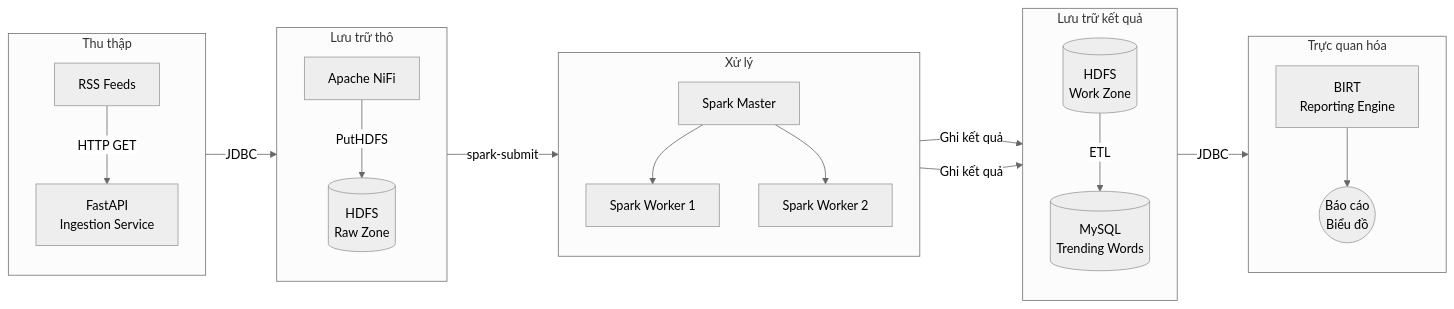
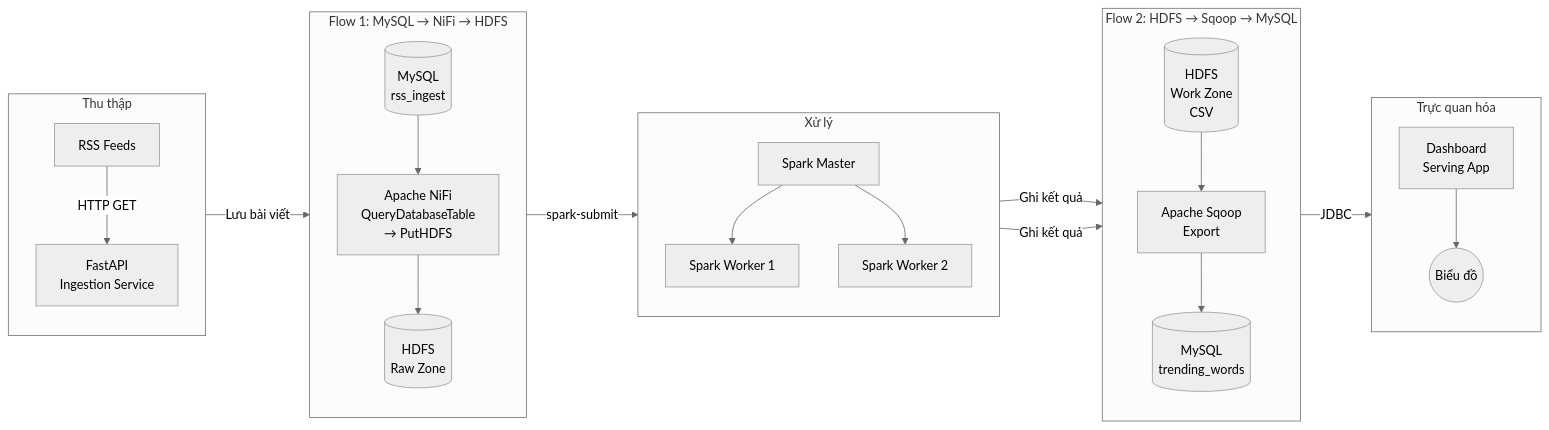
Before and after one commit to khaphan-github/big-data-platforms-via-hadoop: the third of 3 diagrams in docs/kiến-trúc-hệ-thống.md, drawn with Mermaid (neutral theme). The commit also changed other lines of this file and 8 other files, not shown here.

Commit message:
feat: implement Sqoop container for HDFS-to-MySQL data export and refactor Spark job to support offloaded migration.

````diff
--- a/docs/kiến-trúc-hệ-thống.md
+++ b/docs/kiến-trúc-hệ-thống.md
@@ -126,45 +130,47 @@
 ```mermaid
 flowchart LR
     subgraph G1["Thu thập"]
         direction TB
         RSS["RSS Feeds"]
         INGEST["FastAPI<br/>Ingestion Service"]
     end
 
-    subgraph G2["Lưu trữ thô"]
+    subgraph G2["Flow 1: MySQL → NiFi → HDFS"]
         direction TB
-        NIFI["Apache NiFi"]
+        MYSQL_SRC[("MySQL<br/>rss_ingest")]
+        NIFI["Apache NiFi<br/>QueryDatabaseTable<br/>→ PutHDFS"]
         HDFS_RAW[("HDFS<br/>Raw Zone")]
+        MYSQL_SRC --> NIFI --> HDFS_RAW
     end
 
     subgraph G3["Xử lý"]
         direction TB
         SPARK_MASTER["Spark Master"]
         SPARK_WORKER1["Spark Worker 1"]
         SPARK_WORKER2["Spark Worker 2"]
         SPARK_MASTER --> SPARK_WORKER1
         SPARK_MASTER --> SPARK_WORKER2
     end
 
-    subgraph G4["Lưu trữ kết quả"]
+    subgraph G4["Flow 2: HDFS → Sqoop → MySQL"]
         direction TB
-        HDFS_WORK[("HDFS<br/>Work Zone")]
-        MYSQL_RESULT[("MySQL<br/>Trending Words")]
+        HDFS_WORK[("HDFS<br/>Work Zone<br/>CSV")]
+        SQOOP["Apache Sqoop<br/>Export"]
+        MYSQL_RESULT[("MySQL<br/>trending_words")]
+        HDFS_WORK --> SQOOP --> MYSQL_RESULT
     end
 
     subgraph G5["Trực quan hóa"]
         direction TB
-        BIRT["BIRT<br/>Reporting Engine"]
-        REPORT(("Báo cáo<br/>Biểu đồ"))
+        DASHBOARD["Dashboard<br/>Serving App"]
+        REPORT(("Biểu đồ"))
     end
 
     RSS -->|"HTTP GET"| INGEST
-    INGEST -->|"JDBC"| NIFI
-    NIFI -->|"PutHDFS"| HDFS_RAW
+    INGEST -->|"Lưu bài viết"| MYSQL_SRC
     HDFS_RAW -->|"spark-submit"| SPARK_MASTER
     SPARK_WORKER1 -->|"Ghi kết quả"| HDFS_WORK
     SPARK_WORKER2 -->|"Ghi kết quả"| HDFS_WORK
-    HDFS_WORK -->|"ETL"| MYSQL_RESULT
-    MYSQL_RESULT -->|"JDBC"| BIRT
-    BIRT --> REPORT
+    MYSQL_RESULT -->|"JDBC"| DASHBOARD
+    DASHBOARD --> REPORT
 ```
````
